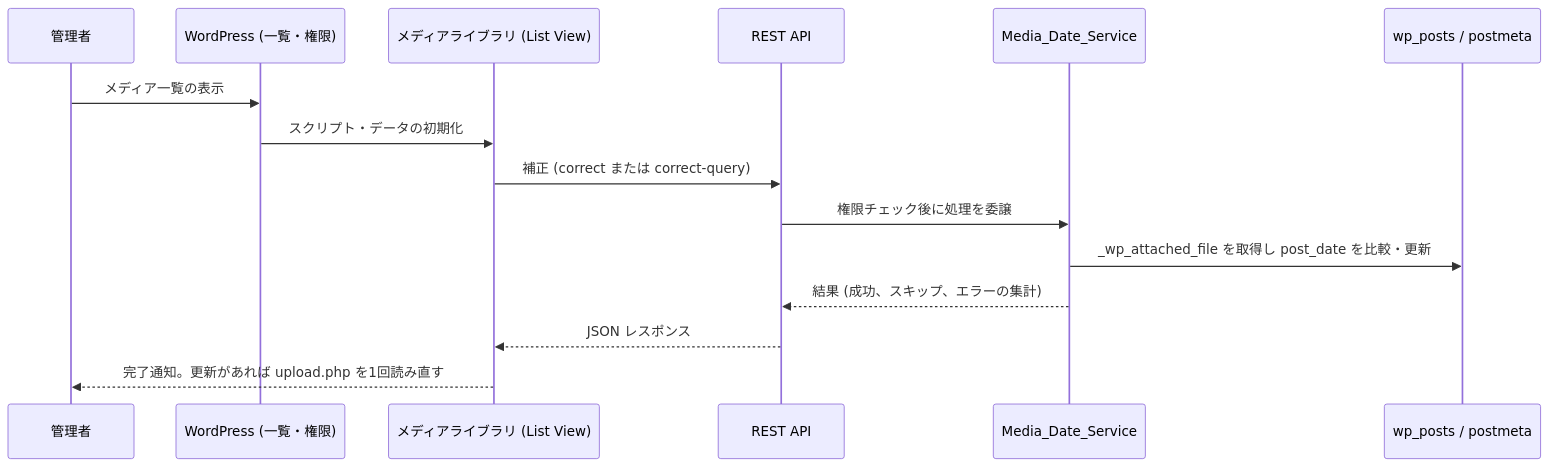
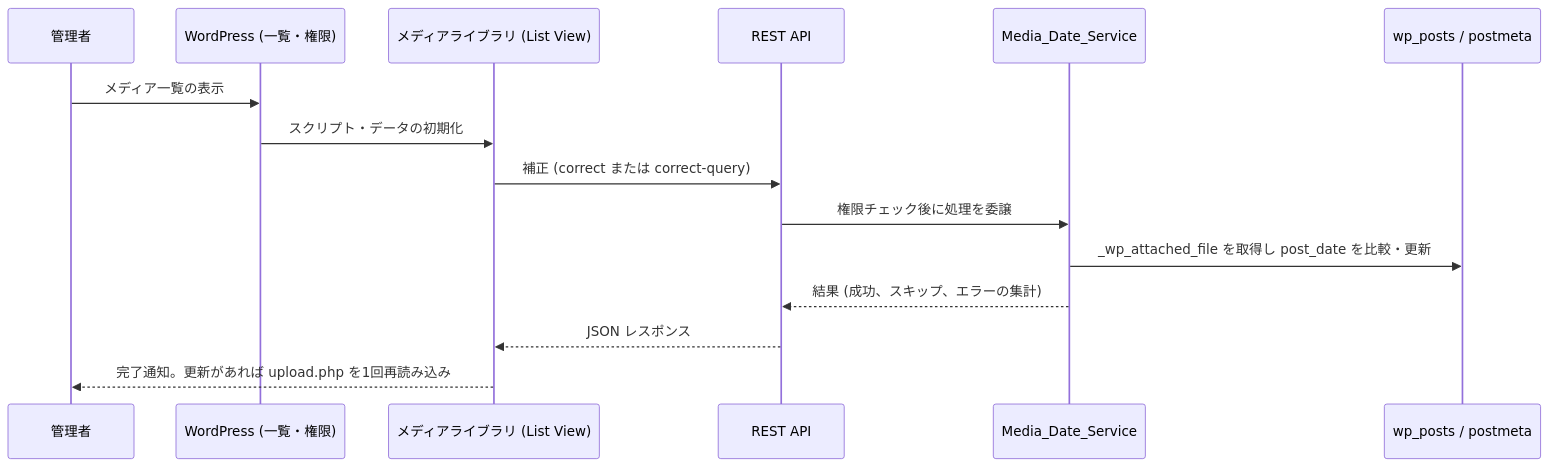
One commit to stein2nd/s2j-media-library-date-corrector changed the sixth of 6 diagrams in docs/architecture.md. Above: the diagram before and after it, drawn with Mermaid. The commit also changed other lines of this file and 10 other files, not shown here.

````diff
--- a/docs/architecture.md
+++ b/docs/architecture.md
@@ -752,18 +756,18 @@
 ```mermaid
 sequenceDiagram
   participant User as 管理者
   participant WP as WordPress (一覧・権限)
   participant UI as メディアライブラリ (List View)
   participant REST as REST API
   participant Svc as Media_Date_Service
   participant DB as wp_posts / postmeta
 
   User->>WP: メディア一覧の表示
   WP->>UI: スクリプト・データの初期化
   UI->>REST: 補正 (correct または correct-query)
   REST->>Svc: 権限チェック後に処理を委譲
   Svc->>DB: _wp_attached_file を取得し post_date を比較・更新
   Svc-->>REST: 結果 (成功、スキップ、エラーの集計)
   REST-->>UI: JSON レスポンス
-  UI-->>User: 完了通知。更新があれば upload.php を1回読み直す
+  UI-->>User: 完了通知。更新があれば upload.php を1回再読み込み
 ```
````
